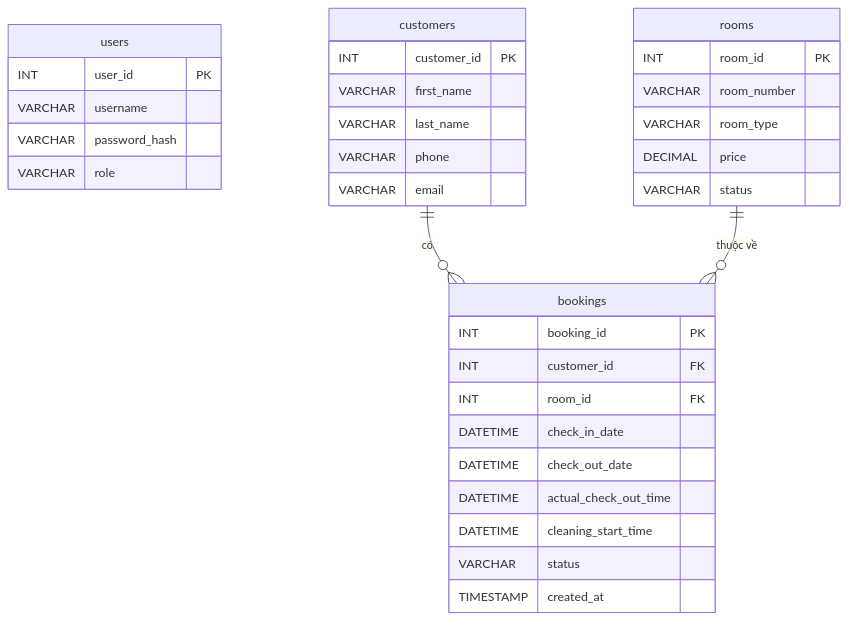
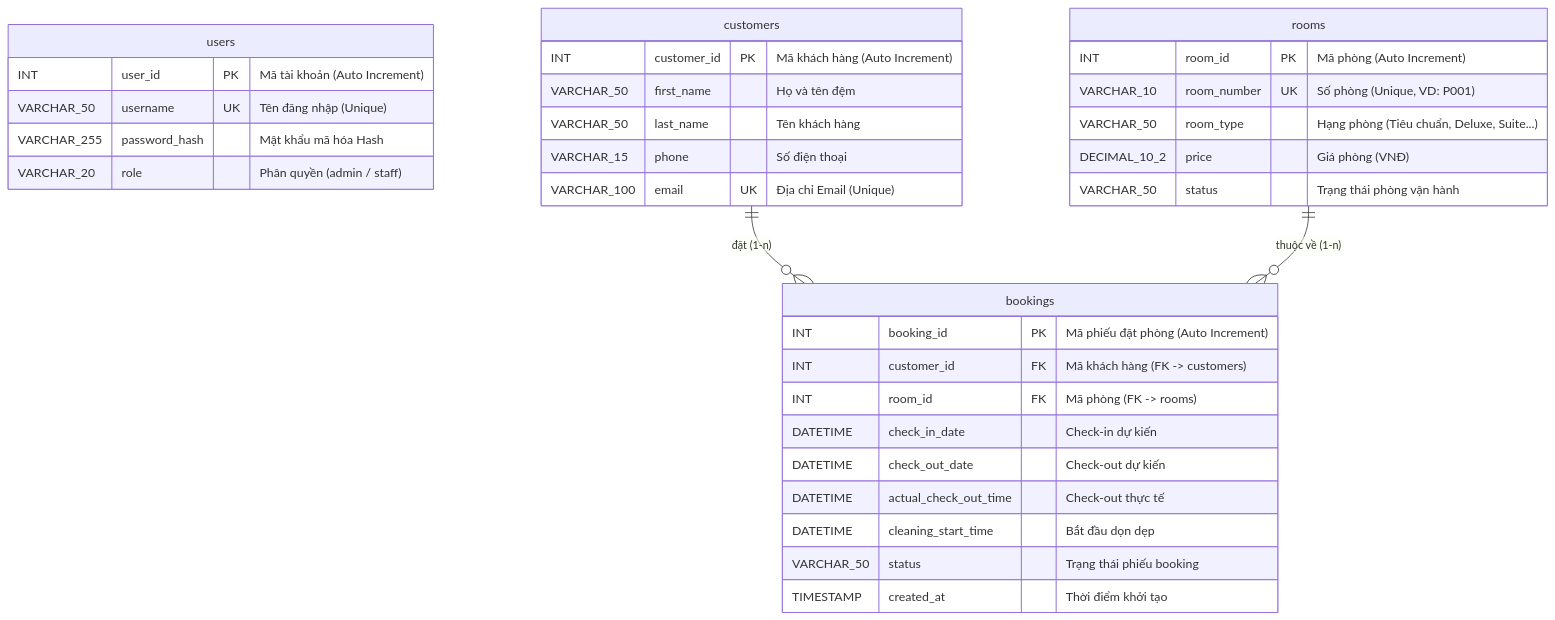
One commit to NguyenMinhTuanTesting/PTIT_Team15_Hotel_Booking_Management changed the diagram in ERD.md. Above: the diagram before and after it, drawn with Mermaid. The commit also changed other lines of this file and 3 other files, not shown here.

Commit message:
update erd

````diff
--- a/ERD.md
+++ b/ERD.md
@@ -3,40 +8,40 @@
 ```mermaid
 erDiagram
     users {
-        INT user_id PK
-        VARCHAR username
-        VARCHAR password_hash
-        VARCHAR role
+        INT user_id PK "Mã tài khoản (Auto Increment)"
+        VARCHAR_50 username UK "Tên đăng nhập (Unique)"
+        VARCHAR_255 password_hash "Mật khẩu mã hóa Hash"
+        VARCHAR_20 role "Phân quyền (admin / staff)"
     }
 
     rooms {
-        INT room_id PK
-        VARCHAR room_number
-        VARCHAR room_type
-        DECIMAL price
-        VARCHAR status
+        INT room_id PK "Mã phòng (Auto Increment)"
+        VARCHAR_10 room_number UK "Số phòng (Unique, VD: P001)"
+        VARCHAR_50 room_type "Hạng phòng (Tiêu chuẩn, Deluxe, Suite...)"
+        DECIMAL_10_2 price "Giá phòng (VNĐ)"
+        VARCHAR_50 status "Trạng thái phòng vận hành"
     }
 
     customers {
-        INT customer_id PK
-        VARCHAR first_name
-        VARCHAR last_name
-        VARCHAR phone
-        VARCHAR email
+        INT customer_id PK "Mã khách hàng (Auto Increment)"
+        VARCHAR_50 first_name "Họ và tên đệm"
+        VARCHAR_50 last_name "Tên khách hàng"
+        VARCHAR_15 phone "Số điện thoại"
+        VARCHAR_100 email UK "Địa chỉ Email (Unique)"
     }
 
     bookings {
-        INT booking_id PK
-        INT customer_id FK
-        INT room_id FK
-        DATETIME check_in_date
-        DATETIME check_out_date
-        DATETIME actual_check_out_time
-        DATETIME cleaning_start_time
-        VARCHAR status
-        TIMESTAMP created_at
+        INT booking_id PK "Mã phiếu đặt phòng (Auto Increment)"
+        INT customer_id FK "Mã khách hàng (FK -> customers)"
+        INT room_id FK "Mã phòng (FK -> rooms)"
+        DATETIME check_in_date "Check-in dự kiến"
+        DATETIME check_out_date "Check-out dự kiến"
+        DATETIME actual_check_out_time "Check-out thực tế"
+        DATETIME cleaning_start_time "Bắt đầu dọn dẹp"
+        VARCHAR_50 status "Trạng thái phiếu booking"
+        TIMESTAMP created_at "Thời điểm khởi tạo"
     }
 
-    customers ||--o{ bookings : "có"
-    rooms ||--o{ bookings : "thuộc về"
+    customers ||--o{ bookings : "đặt (1-n)"
+    rooms ||--o{ bookings : "thuộc về (1-n)"
 ```
````
